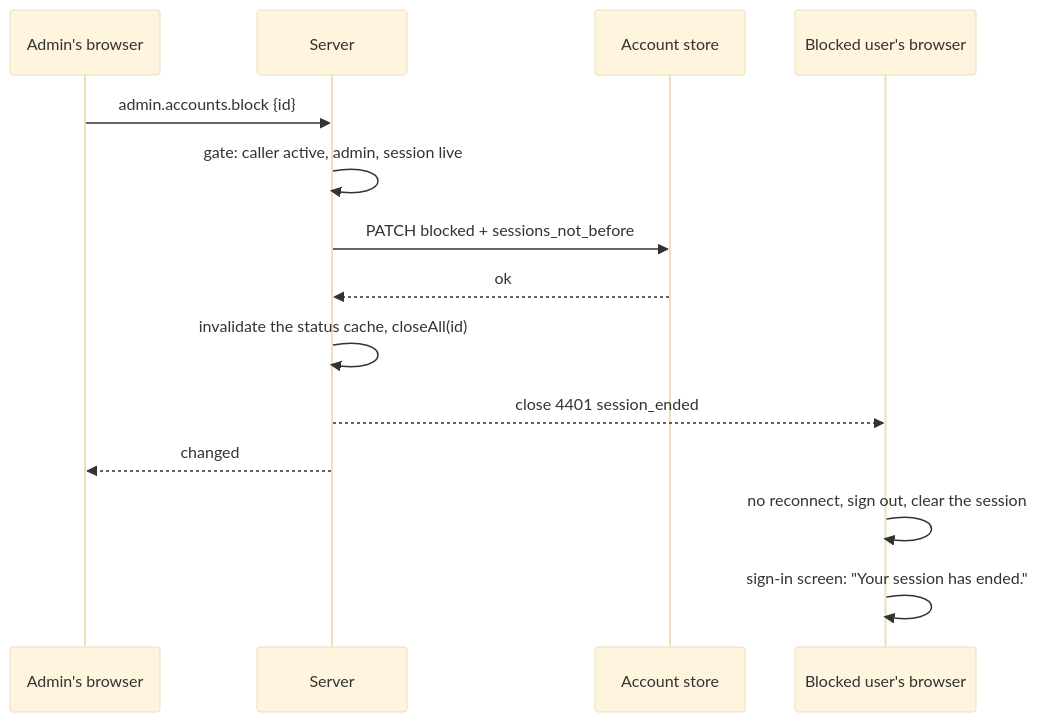
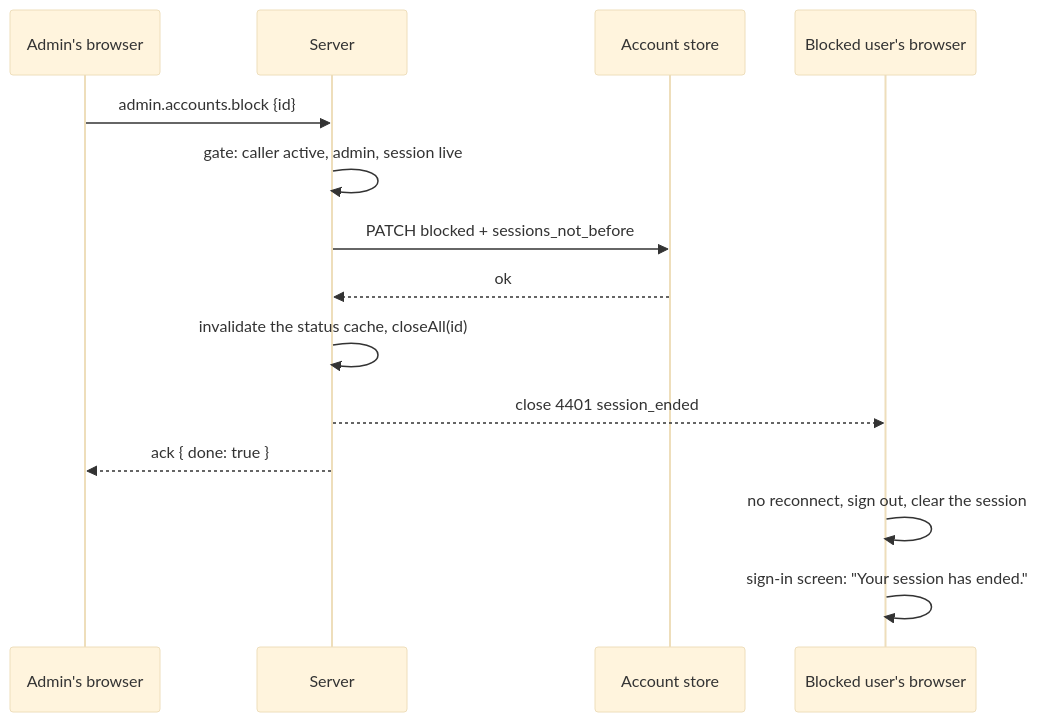
Before and after one commit to bettersoftware-io/ReactiveTraderCloudClone: the fourth of 4 diagrams in docs/authentication.md, drawn with Mermaid (base theme). The commit also changed other lines of this file and 3 other files, not shown here.

First line of the commit message:
docs: B2c rollout reloads every tab and takes the EAS update; /mcp's claim refusal; the admin answer is { done: true }; four B2 follow-ups

````diff
--- a/docs/authentication.md
+++ b/docs/authentication.md
@@ -1074,16 +1079,16 @@
 ```mermaid
 sequenceDiagram
   participant A as Admin's browser
   participant S as Server
   participant D as Account store
   participant U as Blocked user's browser
   A->>S: admin.accounts.block {id}
   S->>S: gate: caller active, admin, session live
   S->>D: PATCH blocked + sessions_not_before
   D-->>S: ok
   S->>S: invalidate the status cache, closeAll(id)
   S-->>U: close 4401 session_ended
-  S-->>A: changed
+  S-->>A: ack { done: true }
   U->>U: no reconnect, sign out, clear the session
   U->>U: sign-in screen: "Your session has ended."
 ```
````
